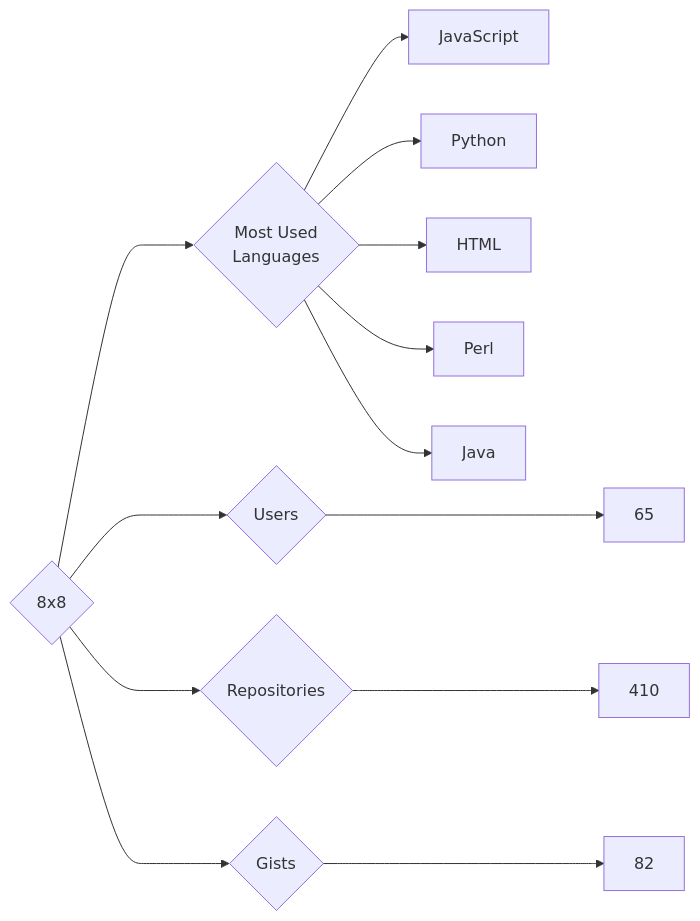
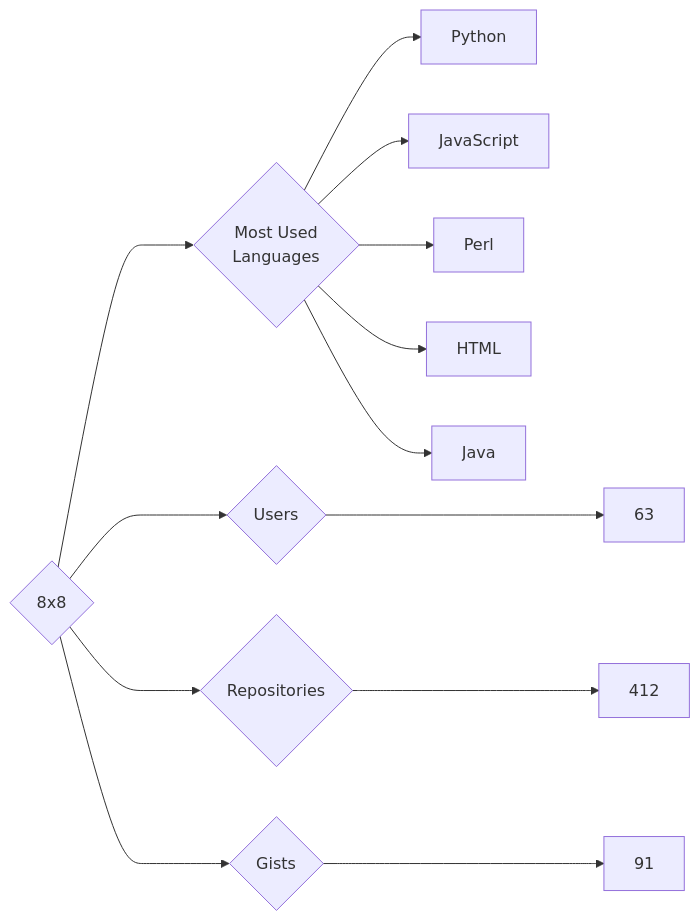
One commit to trickest/insiders changed the diagram in targets/8x8/README.md. Above: the diagram before and after it, drawn with Mermaid. The commit also changed 860 other files, not shown here.

````diff
--- a/targets/8x8/README.md
+++ b/targets/8x8/README.md
@@ -3,13 +3,13 @@
 ```mermaid
 graph LR
 COMPANY_NAME{8x8}
-COMPANY_NAME ---> U{Users} ---> UN[65]
-COMPANY_NAME ---> R{Repositories} ---> RN[410]
-COMPANY_NAME ---> G{Gists} ---> GN[82]
+COMPANY_NAME ---> U{Users} ---> UN[63]
+COMPANY_NAME ---> R{Repositories} ---> RN[412]
+COMPANY_NAME ---> G{Gists} ---> GN[91]
 COMPANY_NAME ---> ML{Most Used<br>Languages}
+ML --> Python[Python]
 ML --> JavaScript[JavaScript]
-ML --> Python[Python]
+ML --> Perl[Perl]
 ML --> HTML[HTML]
-ML --> Perl[Perl]
 ML --> Java[Java]
 ```
````
